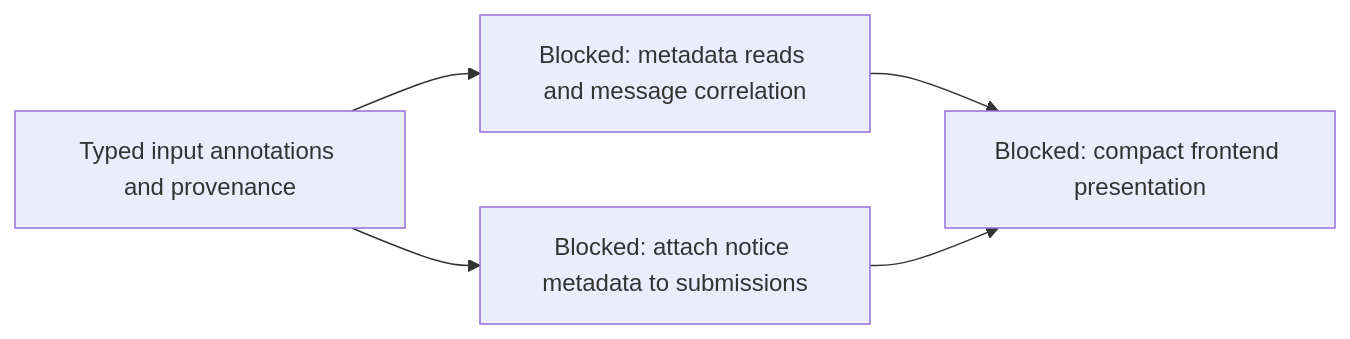
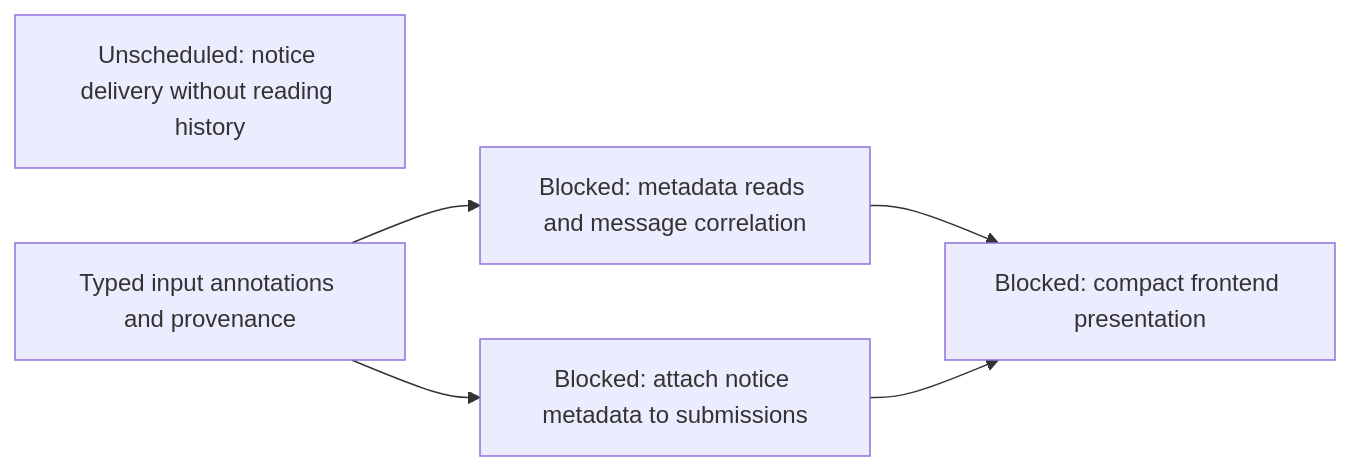
Before and after one commit to agentydragon-agent/ducktape: the second of 14 diagrams in agentplane/plans/task_dag.md, drawn with Mermaid. The commit also changed other lines of this file, not shown here.

````diff
--- a/agentplane/plans/task_dag.md
+++ b/agentplane/plans/task_dag.md
@@ -43,11 +43,12 @@
 ```mermaid
 flowchart LR
+    NOTIFICATION_COMMAND_OUTCOME_DESIGN[Unscheduled: notice delivery without reading history]
     SESSION_INPUT_METADATA[Typed input annotations and provenance]
     SESSION_INPUT_METADATA_READ[Blocked: metadata reads and message correlation]
     NOTIFICATION_NOTICE_METADATA[Blocked: attach notice metadata to submissions]
     NOTIFICATION_PRESENTATION[Blocked: compact frontend presentation]
     SESSION_INPUT_METADATA --> SESSION_INPUT_METADATA_READ
     SESSION_INPUT_METADATA --> NOTIFICATION_NOTICE_METADATA
     SESSION_INPUT_METADATA_READ --> NOTIFICATION_PRESENTATION
     NOTIFICATION_NOTICE_METADATA --> NOTIFICATION_PRESENTATION
 ```
````
